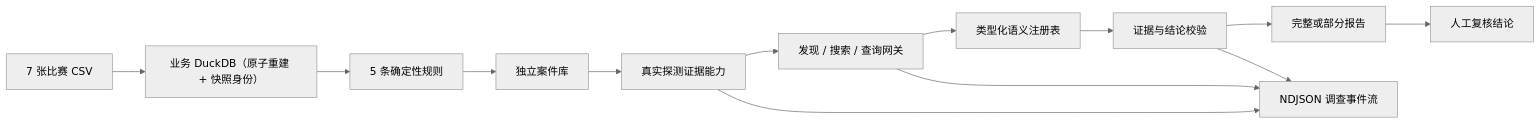
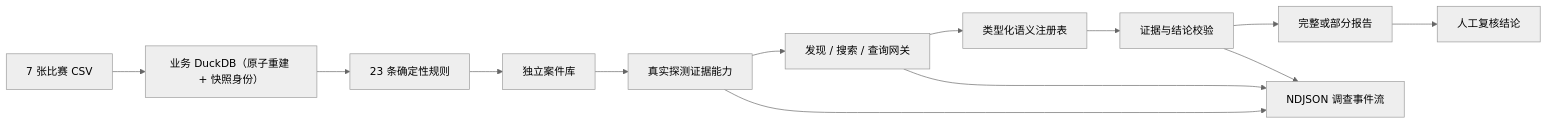
One commit to XiLongChong/ict-agent changed the diagram in docs/technical-solution.md. Above: the diagram before and after it, drawn with Mermaid (neutral theme). The commit also changed other lines of this file and 46 other files, not shown here.

````diff
--- a/docs/technical-solution.md
+++ b/docs/technical-solution.md
@@ -9,15 +9,15 @@
 ```mermaid
 flowchart LR
     CSV["7 张比赛 CSV"] --> DB["业务 DuckDB（原子重建 + 快照身份）"]
-    DB --> RULE["5 条确定性规则"]
+    DB --> RULE["23 条确定性规则"]
     RULE --> CASE["独立案件库"]
     CASE --> CATALOG["真实探测证据能力"]
     CATALOG --> GATEWAY["发现 / 搜索 / 查询网关"]
     GATEWAY --> TOOLS["类型化语义注册表"]
     TOOLS --> VALIDATE["证据与结论校验"]
     VALIDATE --> REPORT["完整或部分报告"]
     REPORT --> REVIEW["人工复核结论"]
     CATALOG --> STREAM["NDJSON 调查事件流"]
     GATEWAY --> STREAM
     VALIDATE --> STREAM
 ```
````
